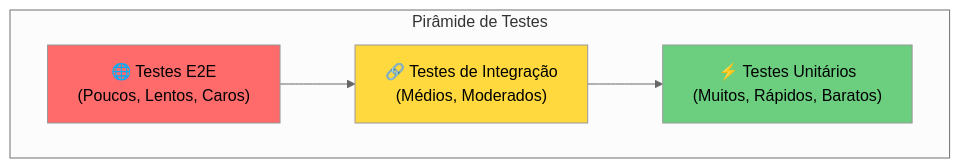
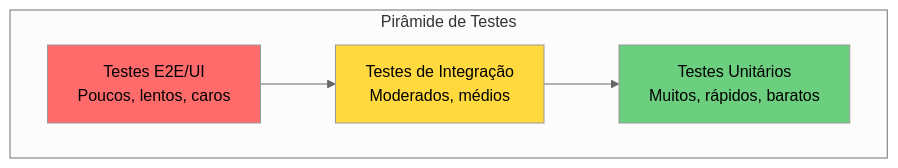
Before and after one commit to thgbianeck/rust-iniciantes: the second of 4 diagrams in fase01-fundamentos/dia12/dia12.md, drawn with Mermaid (neutral theme). The commit also changed other lines of this file, not shown here.

````diff
--- a/fase01-fundamentos/dia12/dia12.md
+++ b/fase01-fundamentos/dia12/dia12.md
@@ -62,15 +242,15 @@
 ```mermaid
 graph TB
-    subgraph "Pirâmide de Testes"
-        E2E["🌐 Testes E2E<br/>(Poucos, Lentos, Caros)"]
-        INT["🔗 Testes de Integração<br/>(Médios, Moderados)"]
-        UNIT["⚡ Testes Unitários<br/>(Muitos, Rápidos, Baratos)"]
+    subgraph Pirâmide de Testes
+    A[Testes E2E/UI<br/>Poucos, lentos, caros]
+    B[Testes de Integração<br/>Moderados, médios]
+    C[Testes Unitários<br/>Muitos, rápidos, baratos]
     end
     
-    E2E --> INT
-    INT --> UNIT
+    A --> B
+    B --> C
     
-    style E2E fill:#ff6b6b
-    style INT fill:#ffd93d
-    style UNIT fill:#6bcf7f
+    style A fill:#ff6b6b
+    style B fill:#ffd93d
+    style C fill:#6bcf7f
 ```
````
